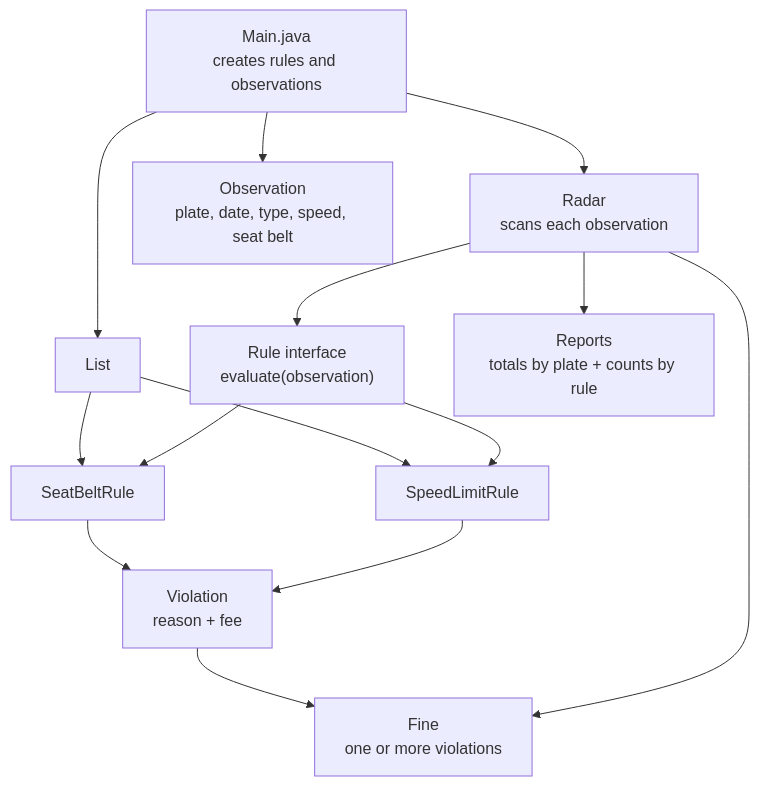
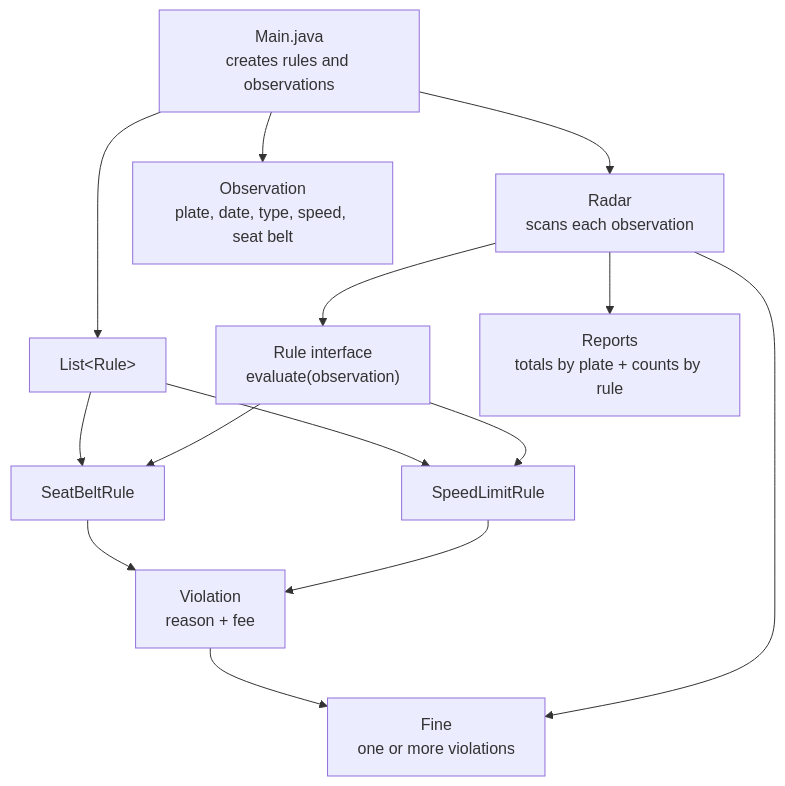
One commit to Maya-Anber/Radar-System changed the diagram in README.md. Above: the diagram before and after it, drawn with Mermaid. The commit also changed other lines of this file and 1 other file, not shown here.

````diff
--- a/README.md
+++ b/README.md
@@ -16,19 +17,19 @@
 ```mermaid
 flowchart TD
     Main["Main.java<br/>creates rules and observations"] --> Radar["Radar<br/>scans each observation"]
     Main --> Observation["Observation<br/>plate, date, type, speed, seat belt"]
-    Main --> RuleList["List<Rule>"]
+    Main --> RuleList["List&lt;Rule&gt;"]
 
     RuleList --> SeatBeltRule["SeatBeltRule"]
     RuleList --> SpeedLimitRule["SpeedLimitRule"]
 
     Radar --> Rule["Rule interface<br/>evaluate(observation)"]
     Rule --> SeatBeltRule
     Rule --> SpeedLimitRule
 
     SeatBeltRule --> Violation["Violation<br/>reason + fee"]
     SpeedLimitRule --> Violation
     Violation --> Fine["Fine<br/>one or more violations"]
     Radar --> Fine
     Radar --> Reports["Reports<br/>totals by plate + counts by rule"]
 ```
````
